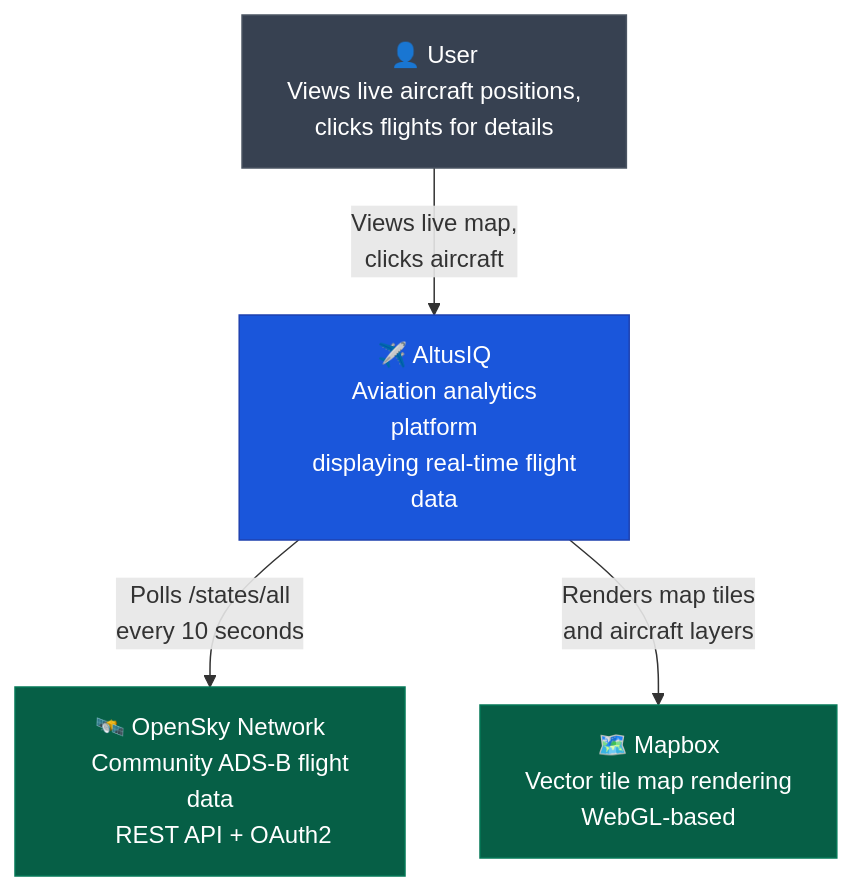
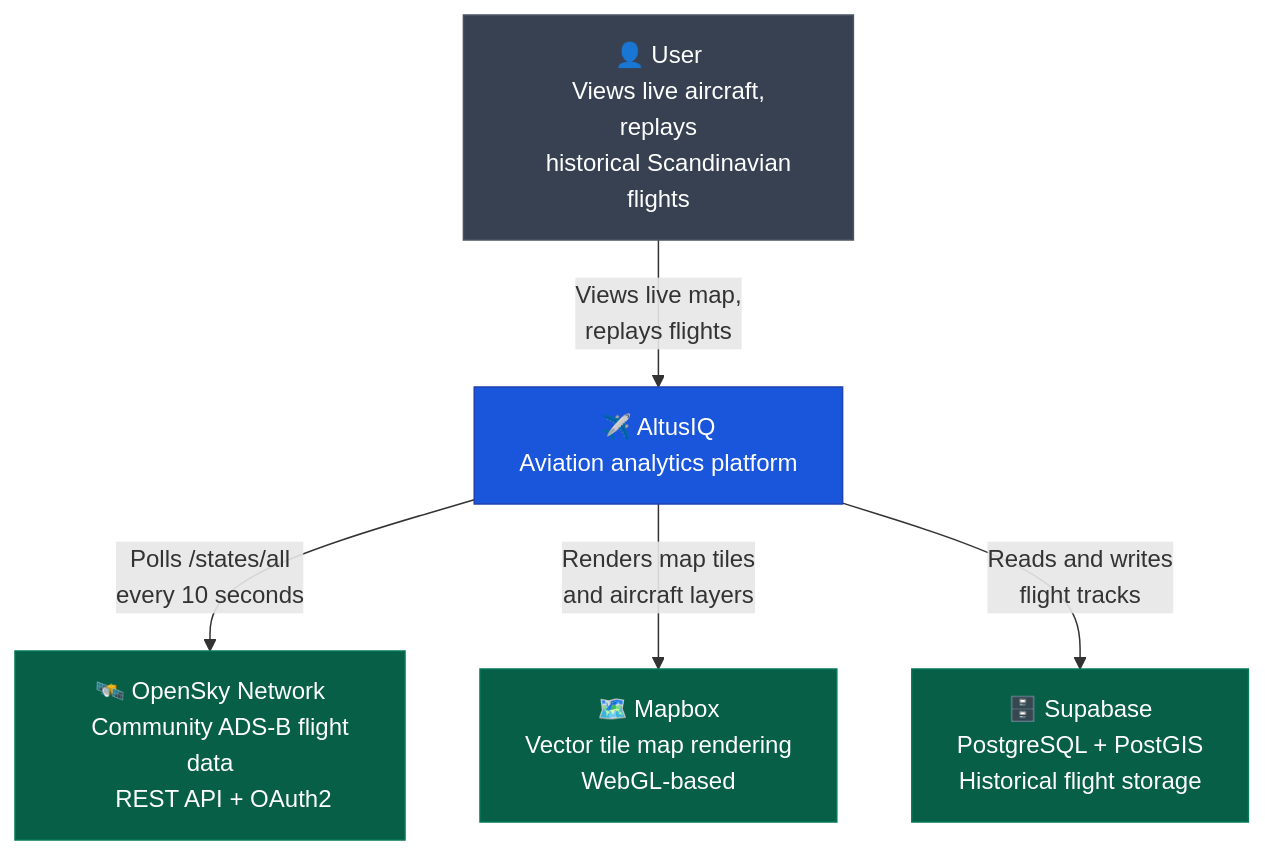
One commit to Anesiadis-Th/altusiq changed the first of 2 diagrams in README.md. Above: the diagram before and after it, drawn with Mermaid. The commit also changed other lines of this file and 8 other files, not shown here.

````diff
--- a/README.md
+++ b/README.md
@@ -13,30 +19,36 @@
 ```mermaid
 graph TB
     User["👤 User
-    Views live aircraft positions,
-    clicks flights for details"]
+    Views live aircraft, replays
+    historical Scandinavian flights"]
 
     AltusIQ["✈️ AltusIQ
-    Aviation analytics platform
-    displaying real-time flight data"]
+    Aviation analytics platform"]
 
     OpenSky["🛰️ OpenSky Network
     Community ADS-B flight data
     REST API + OAuth2"]
 
     Mapbox["🗺️ Mapbox
     Vector tile map rendering
     WebGL-based"]
 
+    Supabase["🗄️ Supabase
+    PostgreSQL + PostGIS
+    Historical flight storage"]
+
     User -->|"Views live map,
-    clicks aircraft"| AltusIQ
+    replays flights"| AltusIQ
     AltusIQ -->|"Polls /states/all
     every 10 seconds"| OpenSky
     AltusIQ -->|"Renders map tiles
     and aircraft layers"| Mapbox
+    AltusIQ -->|"Reads and writes
+    flight tracks"| Supabase
 
     style AltusIQ fill:#1a56db,stroke:#1e40af,color:#fff
     style User fill:#374151,stroke:#4b5563,color:#fff
     style OpenSky fill:#065f46,stroke:#047857,color:#fff
     style Mapbox fill:#065f46,stroke:#047857,color:#fff
+    style Supabase fill:#065f46,stroke:#047857,color:#fff
 ```
````
